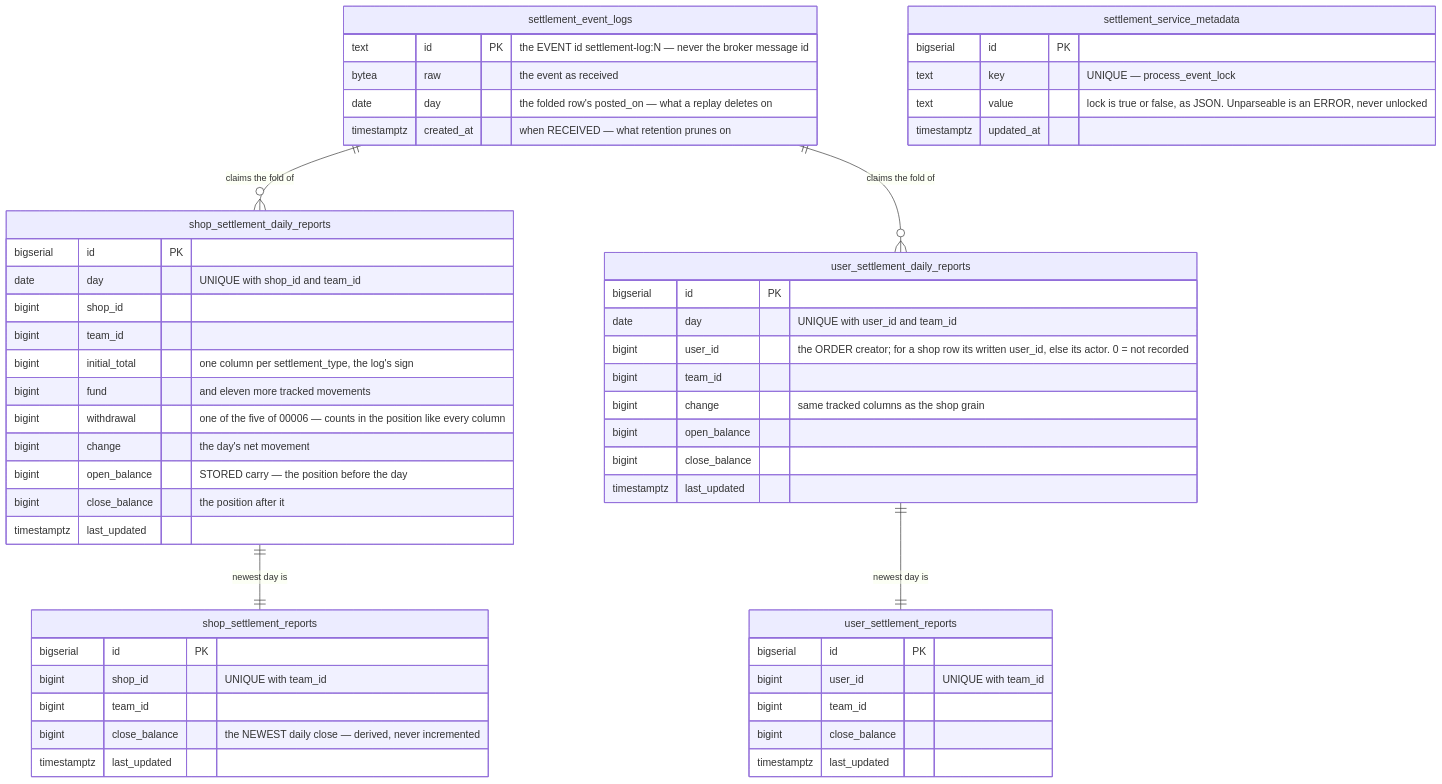
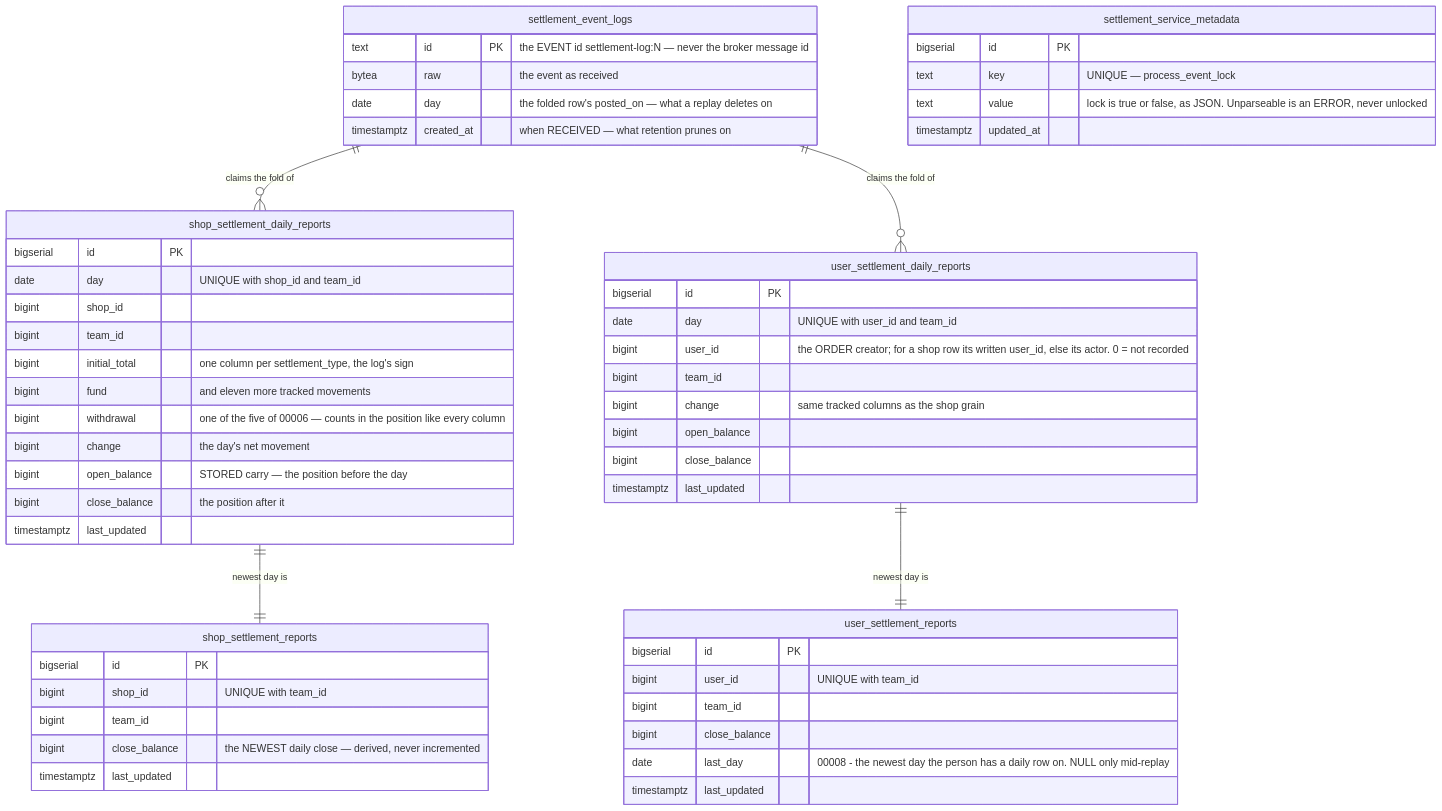
Before and after one commit to pdcgo/warehouse_revamp: diagram 18 of 22 in docs/database-schema.md, drawn with Mermaid. The commit also changed other lines of this file and 348 other files, not shown here.

````diff
--- a/docs/database-schema.md
+++ b/docs/database-schema.md
@@ -2026,62 +2037,63 @@
 ```mermaid
 erDiagram
   settlement_event_logs {
     text id PK "the EVENT id settlement-log:N — never the broker message id"
     bytea raw "the event as received"
     date day "the folded row's posted_on — what a replay deletes on"
     timestamptz created_at "when RECEIVED — what retention prunes on"
   }
 
   shop_settlement_daily_reports {
     bigserial id PK
     date day "UNIQUE with shop_id and team_id"
     bigint shop_id
     bigint team_id
     bigint initial_total "one column per settlement_type, the log's sign"
     bigint fund "and eleven more tracked movements"
     bigint withdrawal "one of the five of 00006 — counts in the position like every column"
     bigint change "the day's net movement"
     bigint open_balance "STORED carry — the position before the day"
     bigint close_balance "the position after it"
     timestamptz last_updated
   }
 
   user_settlement_daily_reports {
     bigserial id PK
     date day "UNIQUE with user_id and team_id"
     bigint user_id "the ORDER creator; for a shop row its written user_id, else its actor. 0 = not recorded"
     bigint team_id
     bigint change "same tracked columns as the shop grain"
     bigint open_balance
     bigint close_balance
     timestamptz last_updated
   }
 
   shop_settlement_reports {
     bigserial id PK
     bigint shop_id "UNIQUE with team_id"
     bigint team_id
     bigint close_balance "the NEWEST daily close — derived, never incremented"
     timestamptz last_updated
   }
 
   user_settlement_reports {
     bigserial id PK
     bigint user_id "UNIQUE with team_id"
     bigint team_id
     bigint close_balance
+    date last_day "00008 - the newest day the person has a daily row on. NULL only mid-replay"
     timestamptz last_updated
   }
 
   settlement_service_metadata {
     bigserial id PK
     text key "UNIQUE — process_event_lock"
     text value "lock is true or false, as JSON. Unparseable is an ERROR, never unlocked"
     timestamptz updated_at
   }
 
   settlement_event_logs ||--o{ shop_settlement_daily_reports : "claims the fold of"
   settlement_event_logs ||--o{ user_settlement_daily_reports : "claims the fold of"
   shop_settlement_daily_reports ||--|| shop_settlement_reports : "newest day is"
   user_settlement_daily_reports ||--|| user_settlement_reports : "newest day is"
 ```
````
